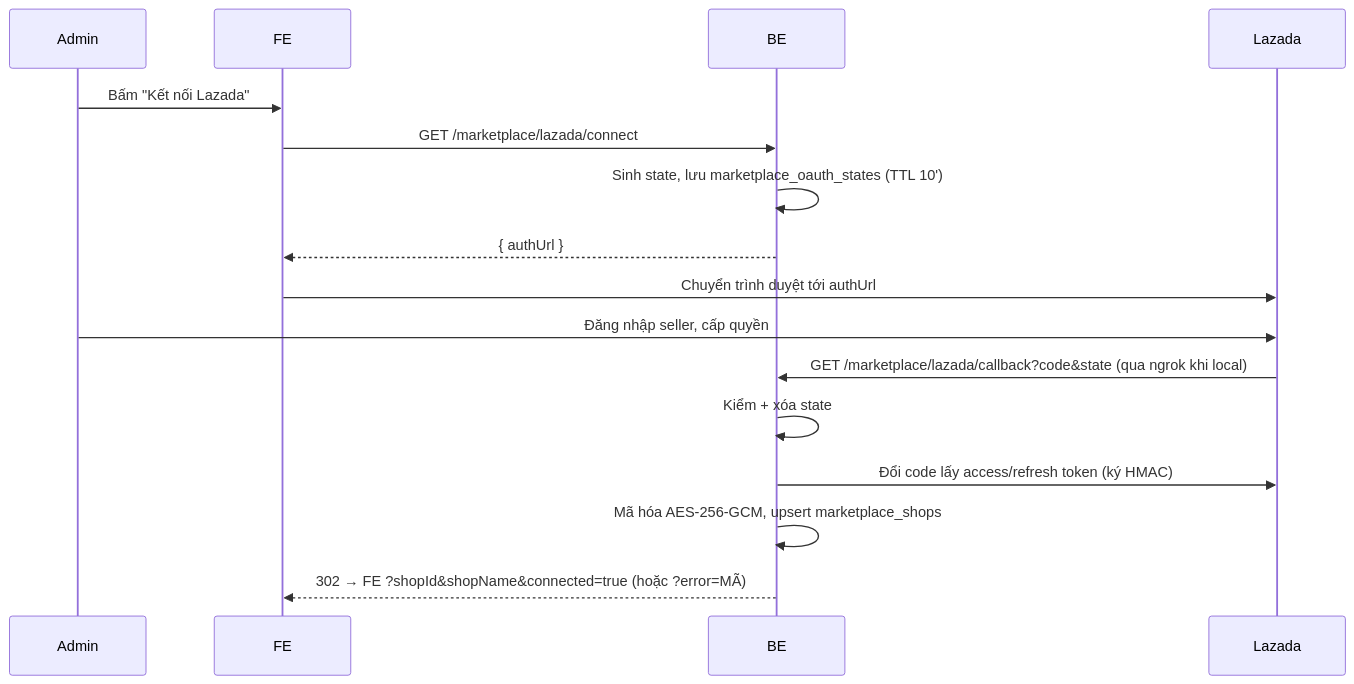
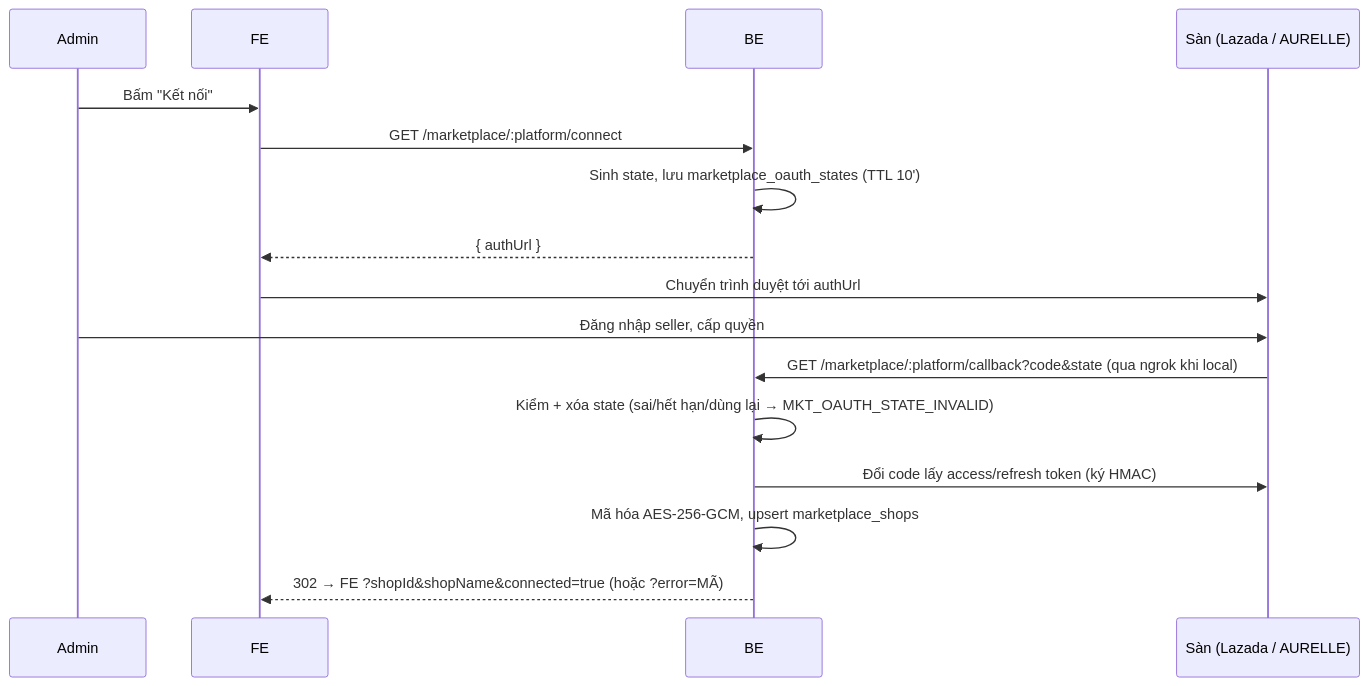
Before and after one commit to ThuaanNguyeen111/OptiPackAI: the third of 8 diagrams in GUIDE_DOC/BE_SPEC/06_LUONG_NGHIEP_VU.md, drawn with Mermaid. The commit also changed other lines of this file and 14 other files, not shown here.

Commit message:
docs(AOFP-81): regenerate be spec, erd and fe update checklist from current code

````diff
--- a/GUIDE_DOC/BE_SPEC/06_LUONG_NGHIEP_VU.md
+++ b/GUIDE_DOC/BE_SPEC/06_LUONG_NGHIEP_VU.md
@@ -73,18 +79,18 @@
 ```mermaid
 sequenceDiagram
     participant A as Admin
     participant FE
     participant BE
-    participant LZ as Lazada
-    A->>FE: Bấm "Kết nối Lazada"
-    FE->>BE: GET /marketplace/lazada/connect
+    participant LZ as Sàn (Lazada / AURELLE)
+    A->>FE: Bấm "Kết nối"
+    FE->>BE: GET /marketplace/:platform/connect
     BE->>BE: Sinh state, lưu marketplace_oauth_states (TTL 10')
     BE-->>FE: { authUrl }
     FE->>LZ: Chuyển trình duyệt tới authUrl
     A->>LZ: Đăng nhập seller, cấp quyền
-    LZ->>BE: GET /marketplace/lazada/callback?code&state (qua ngrok khi local)
-    BE->>BE: Kiểm + xóa state
+    LZ->>BE: GET /marketplace/:platform/callback?code&state (qua ngrok khi local)
+    BE->>BE: Kiểm + xóa state (sai/hết hạn/dùng lại → MKT_OAUTH_STATE_INVALID)
     BE->>LZ: Đổi code lấy access/refresh token (ký HMAC)
     BE->>BE: Mã hóa AES-256-GCM, upsert marketplace_shops
     BE-->>FE: 302 → FE ?shopId&shopName&connected=true (hoặc ?error=MÃ)
 ```
````
